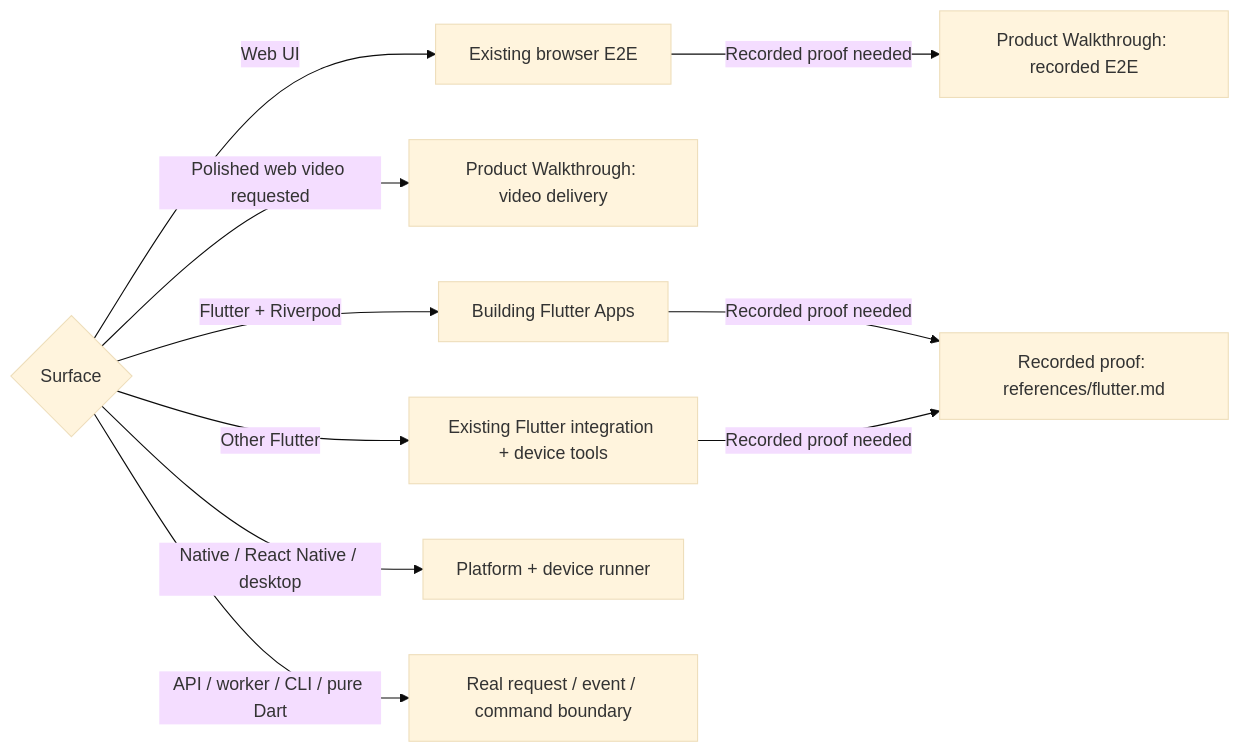
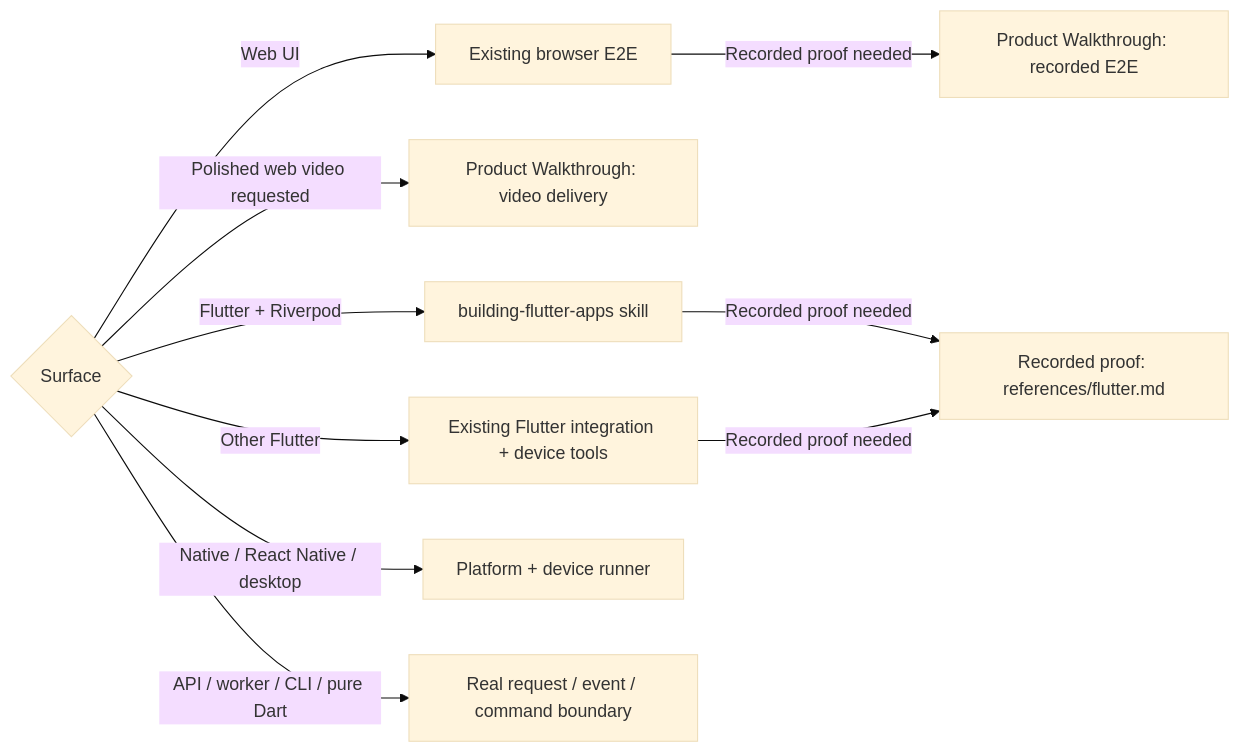
The diagram in .agents/skills/e2e/SKILL.md (sgaabdu4/hard-eng), drawn with Mermaid (base theme) before and after one commit. The commit also changed 9 other files, not shown here.

````diff
--- a/.agents/skills/e2e/SKILL.md
+++ b/.agents/skills/e2e/SKILL.md
@@ -12,16 +12,15 @@
 ```mermaid
 flowchart LR
   S{Surface} -->|Web UI| B[Existing browser E2E]
   B -->|Recorded proof needed| V[Product Walkthrough: recorded E2E]
   S -->|Polished web video requested| D[Product Walkthrough: video delivery]
-  S -->|Flutter + Riverpod| F[Building Flutter Apps]
+  S -->|Flutter + Riverpod| F[building-flutter-apps skill]
   S -->|Other Flutter| I[Existing Flutter integration + device tools]
   F -->|Recorded proof needed| G[Recorded proof: references/flutter.md]
   I -->|Recorded proof needed| G
   S -->|Native / React Native / desktop| N[Platform + device runner]
   S -->|API / worker / CLI / pure Dart| A[Real request / event / command boundary]
   click V "../product-walkthrough-video/SKILL.md"
   click D "../product-walkthrough-video/SKILL.md"
-  click F "../building-flutter-apps/SKILL.md"
   click G "references/flutter.md"
 ```
````
